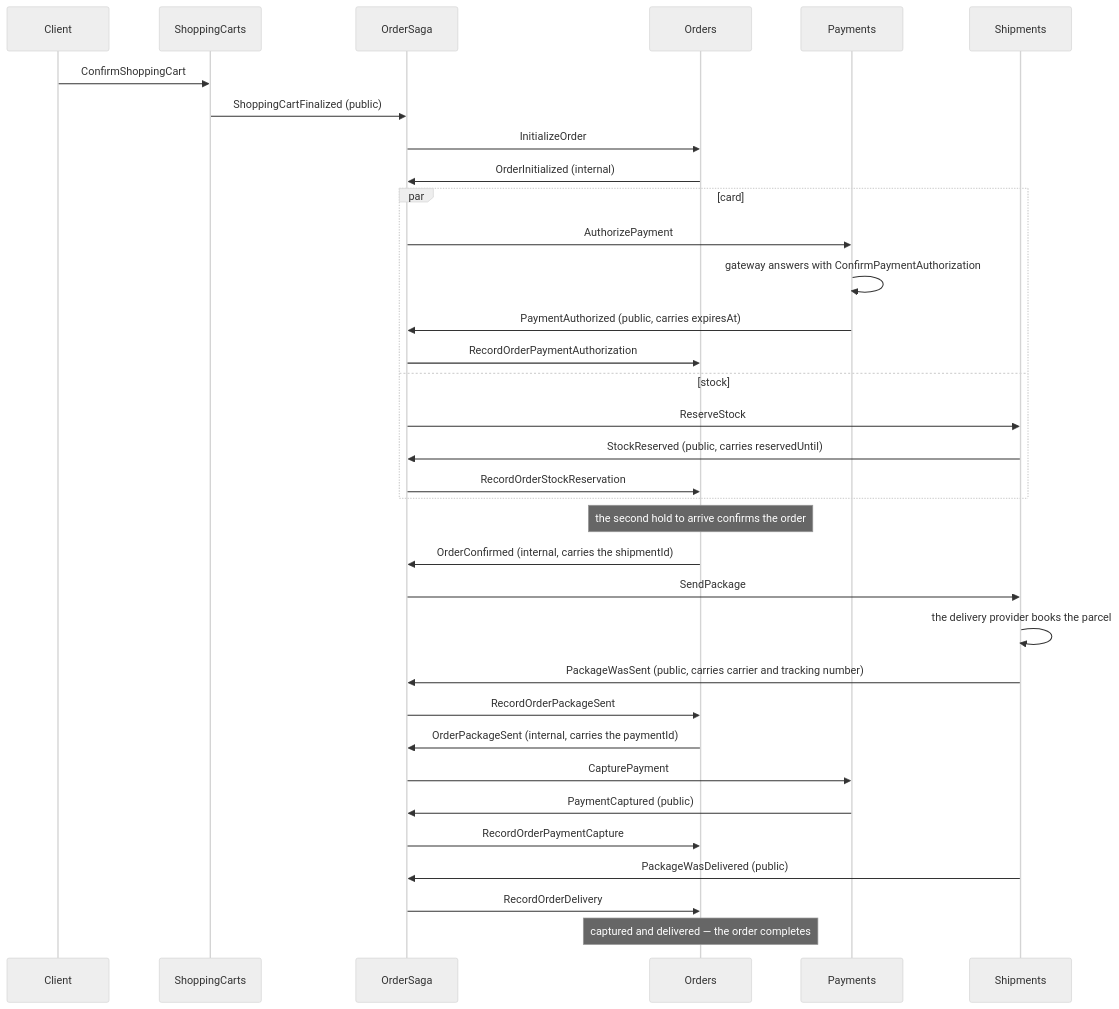
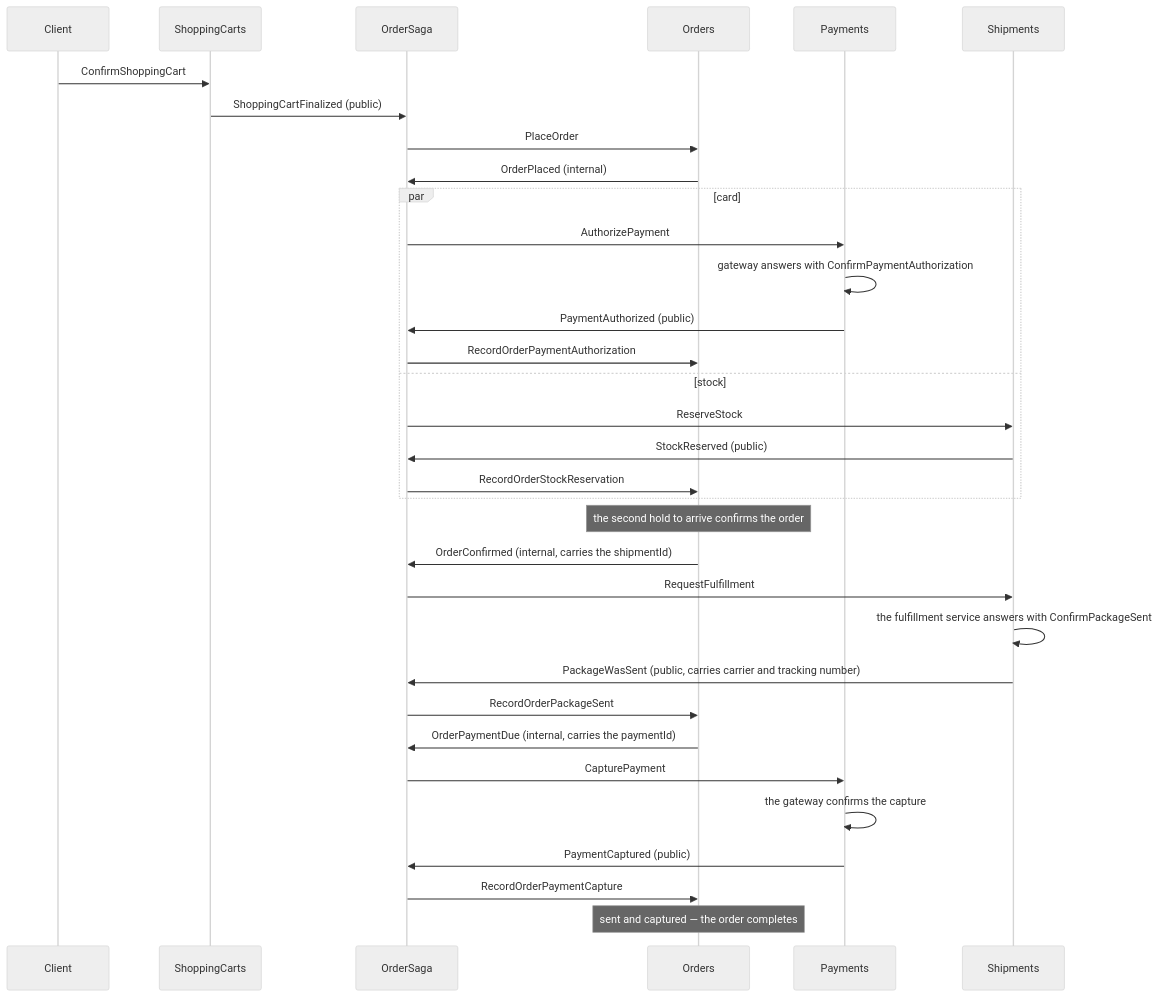
Before and after one commit to oskardudycz/EventSourcing.JVM: the third of 4 diagrams in samples/distributed-processes/README.md, drawn with Mermaid (neutral theme). The commit also changed other lines of this file and 115 other files, not shown here.

Commit message:
Refactored the e-commerce flow to be real and use real terms and removed useless external events and data

````diff
--- a/samples/distributed-processes/README.md
+++ b/samples/distributed-processes/README.md
@@ -250,41 +253,40 @@
 ```mermaid
 sequenceDiagram
     participant Client
     participant Cart as ShoppingCarts
     participant Process as OrderSaga
     participant Order as Orders
     participant Pay as Payments
     participant Ship as Shipments
 
     Client->>Cart: ConfirmShoppingCart
     Cart->>Process: ShoppingCartFinalized (public)
-    Process->>Order: InitializeOrder
-    Order->>Process: OrderInitialized (internal)
+    Process->>Order: PlaceOrder
+    Order->>Process: OrderPlaced (internal)
 
     par card
         Process->>Pay: AuthorizePayment
         Pay->>Pay: gateway answers with ConfirmPaymentAuthorization
-        Pay->>Process: PaymentAuthorized (public, carries expiresAt)
+        Pay->>Process: PaymentAuthorized (public)
         Process->>Order: RecordOrderPaymentAuthorization
     and stock
         Process->>Ship: ReserveStock
-        Ship->>Process: StockReserved (public, carries reservedUntil)
+        Ship->>Process: StockReserved (public)
         Process->>Order: RecordOrderStockReservation
     end
 
     Note over Order: the second hold to arrive confirms the order
     Order->>Process: OrderConfirmed (internal, carries the shipmentId)
 
-    Process->>Ship: SendPackage
-    Ship->>Ship: the delivery provider books the parcel
+    Process->>Ship: RequestFulfillment
+    Ship->>Ship: the fulfillment service answers with ConfirmPackageSent
     Ship->>Process: PackageWasSent (public, carries carrier and tracking number)
     Process->>Order: RecordOrderPackageSent
-    Order->>Process: OrderPackageSent (internal, carries the paymentId)
+    Order->>Process: OrderPaymentDue (internal, carries the paymentId)
     Process->>Pay: CapturePayment
+    Pay->>Pay: the gateway confirms the capture
     Pay->>Process: PaymentCaptured (public)
     Process->>Order: RecordOrderPaymentCapture
-    Ship->>Process: PackageWasDelivered (public)
-    Process->>Order: RecordOrderDelivery
 
-    Note over Order: captured and delivered — the order completes
+    Note over Order: sent and captured — the order completes
 ```
````
